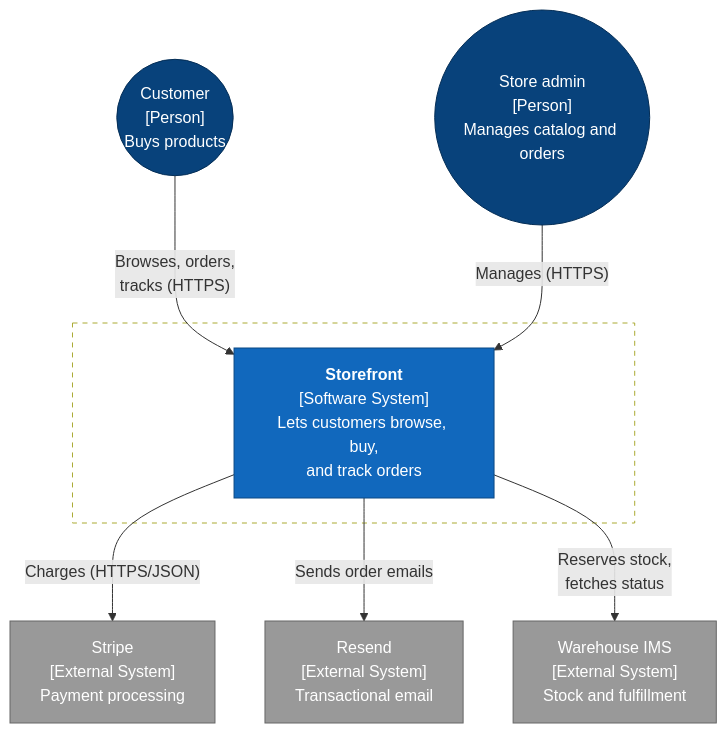
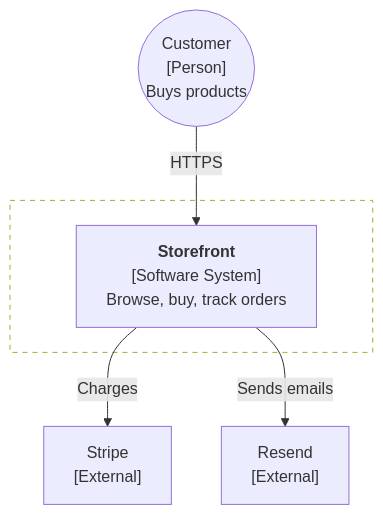
The first of 3 diagrams in plugins/systems-design/skills/c4-diagrams/references/mermaid-c4.md (lucasilverentand/skills), drawn with Mermaid before and after one commit. The commit also changed other lines of this file and 44 other files, not shown here.

````diff
--- a/plugins/systems-design/skills/c4-diagrams/references/mermaid-c4.md
+++ b/plugins/systems-design/skills/c4-diagrams/references/mermaid-c4.md
@@ -32,27 +21,13 @@
 ```mermaid
 flowchart TB
   Customer(("Customer<br/>[Person]<br/>Buys products"))
-  Admin(("Store admin<br/>[Person]<br/>Manages catalog and orders"))
-
   subgraph Boundary [" "]
-    System["<b>Storefront</b><br/>[Software System]<br/>Lets customers browse, buy,<br/>and track orders"]
+    System["<b>Storefront</b><br/>[Software System]<br/>Browse, buy, track orders"]
   end
-
-  Stripe["Stripe<br/>[External System]<br/>Payment processing"]
-  Email["Resend<br/>[External System]<br/>Transactional email"]
-  Inventory["Warehouse IMS<br/>[External System]<br/>Stock and fulfillment"]
-
-  Customer -->|"Browses, orders,<br/>tracks (HTTPS)"| System
-  Admin -->|"Manages (HTTPS)"| System
-  System -->|"Charges (HTTPS/JSON)"| Stripe
-  System -->|"Sends order emails"| Email
-  System -->|"Reserves stock,<br/>fetches status"| Inventory
-
-  classDef person fill:#08427b,stroke:#052e56,color:#fff
-  classDef system fill:#1168bd,stroke:#0b4884,color:#fff
-  classDef external fill:#999,stroke:#666,color:#fff
-  class Customer,Admin person
-  class System system
-  class Stripe,Email,Inventory external
+  Stripe["Stripe<br/>[External]"]
+  Email["Resend<br/>[External]"]
+  Customer -->|"HTTPS"| System
+  System -->|"Charges"| Stripe
+  System -->|"Sends emails"| Email
   style Boundary stroke-dasharray: 5 5,fill:none
 ```
````
